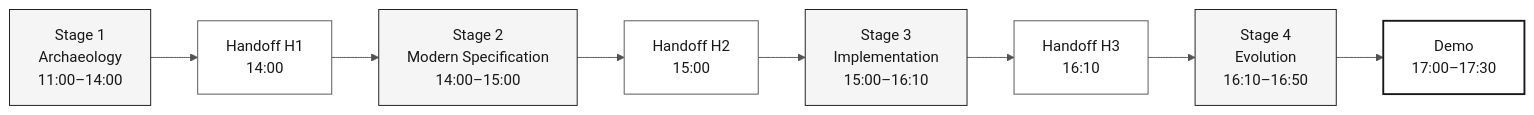
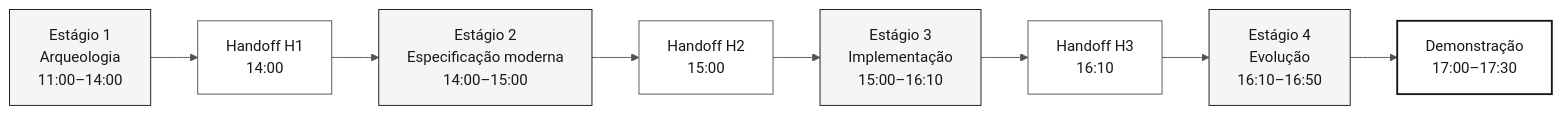
The diagram in docs/sdlc-flow-guide.md (paulasilvatech/datacorp-sifap-team-kit-pt-br), drawn with Mermaid before and after one commit. The commit also changed other lines of this file and 361 other files, not shown here.

````diff
--- a/docs/sdlc-flow-guide.md
+++ b/docs/sdlc-flow-guide.md
@@ -17,18 +17,18 @@
 ```mermaid
 %%{init: {'theme':'neutral','themeVariables':{'fontFamily':'ui-sans-serif, system-ui, sans-serif','primaryColor':'#F5F5F5','primaryTextColor':'#171717','primaryBorderColor':'#171717','lineColor':'#525252','secondaryColor':'#FFFFFF','tertiaryColor':'#FAFAFA','background':'#FFFFFF'}}}%%
 flowchart LR
     classDef step fill:#F5F5F5,stroke:#171717,color:#171717
     classDef hand fill:#FFFFFF,stroke:#525252,color:#171717
     classDef result fill:#FFFFFF,stroke:#171717,color:#171717,stroke-width:2px
 
-    E1["Stage 1<br/>Archaeology<br/>11:00–14:00"]:::step
+    E1["Estágio 1<br/>Arqueologia<br/>11:00–14:00"]:::step
     H1["Handoff H1<br/>14:00"]:::hand
-    E2["Stage 2<br/>Modern Specification<br/>14:00–15:00"]:::step
+    E2["Estágio 2<br/>Especificação moderna<br/>14:00–15:00"]:::step
     H2["Handoff H2<br/>15:00"]:::hand
-    E3["Stage 3<br/>Implementation<br/>15:00–16:10"]:::step
+    E3["Estágio 3<br/>Implementação<br/>15:00–16:10"]:::step
     H3["Handoff H3<br/>16:10"]:::hand
-    E4["Stage 4<br/>Evolution<br/>16:10–16:50"]:::step
-    DEMO["Demo<br/>17:00–17:30"]:::result
+    E4["Estágio 4<br/>Evolução<br/>16:10–16:50"]:::step
+    DEMO["Demonstração<br/>17:00–17:30"]:::result
 
     E1 --> H1 --> E2 --> H2 --> E3 --> H3 --> E4 --> DEMO
 ```
````
